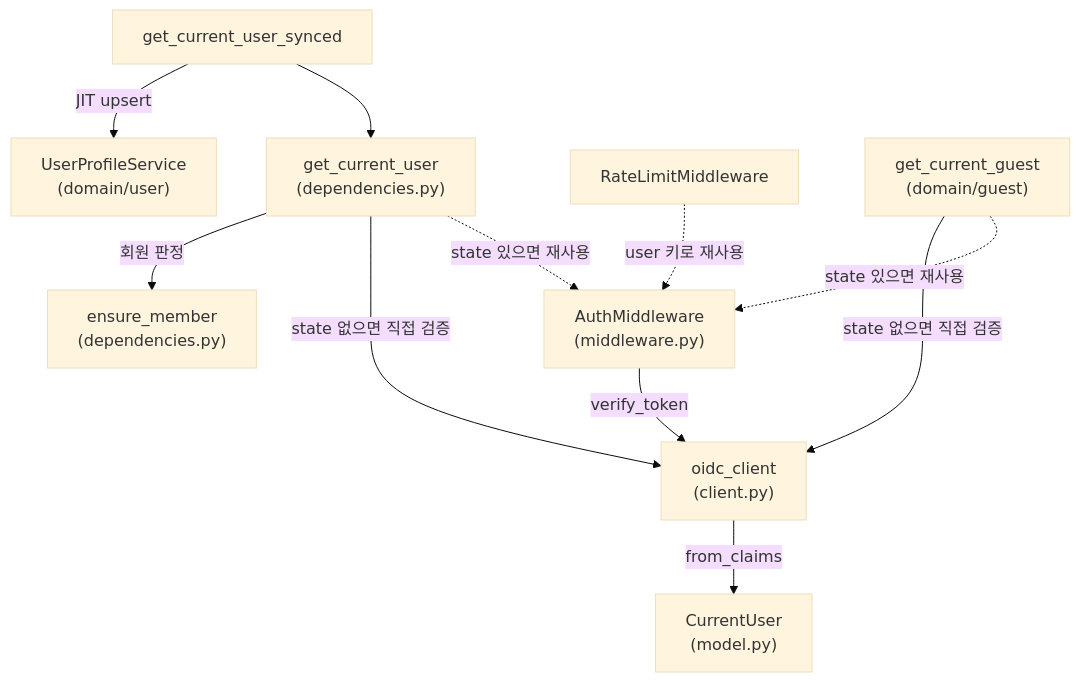
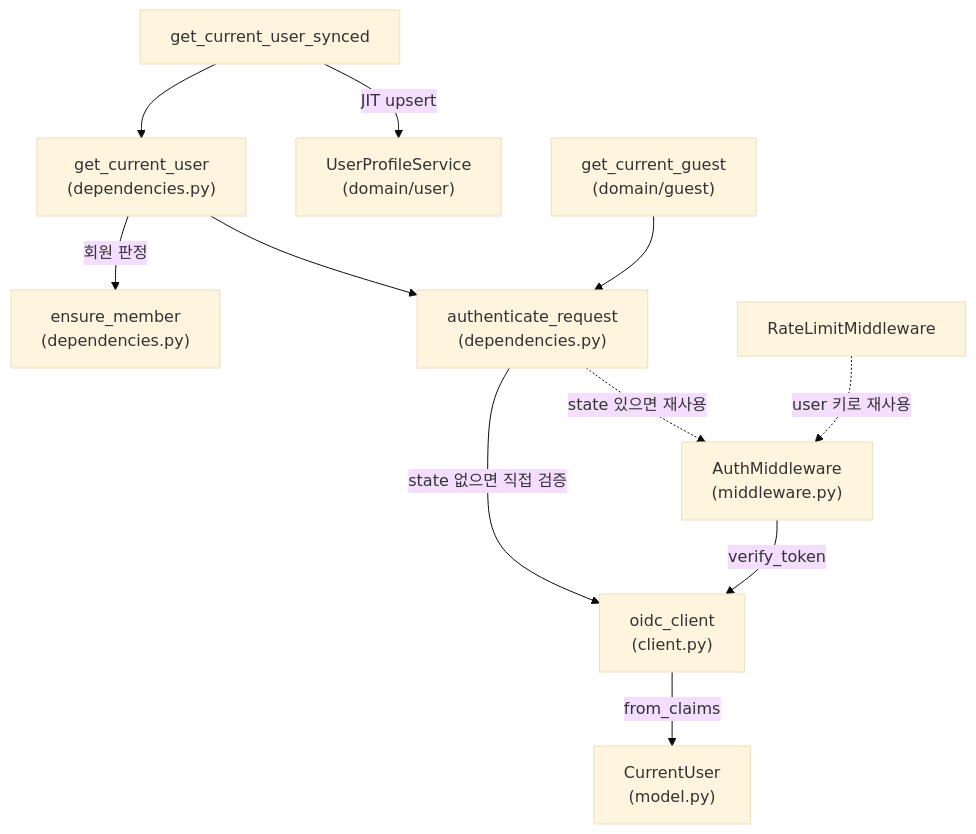
Before and after one commit to onprem-hipster-timer/backend: the third of 3 diagrams in docs/guides/auth.ko.md, drawn with Mermaid (base theme). The commit also changed other lines of this file, not shown here.

Commit message:
docs(auth): 객체 의존성 그림을 authenticate_request를 축으로 다시 그린다

````diff
--- a/docs/guides/auth.ko.md
+++ b/docs/guides/auth.ko.md
@@ -234,13 +235,13 @@
 ```mermaid
 graph TD
-    MW["AuthMiddleware<br/>(middleware.py)"] -->|verify_token| OC["oidc_client<br/>(client.py)"]
-    DEP["get_current_user<br/>(dependencies.py)"] -.->|state 있으면 재사용| MW
-    DEP -->|state 없으면 직접 검증| OC
-    SYNC["get_current_user_synced"] --> DEP
+    SYNC["get_current_user_synced"] --> DEP["get_current_user<br/>(dependencies.py)"]
+    SYNC -->|JIT upsert| UPS["UserProfileService<br/>(domain/user)"]
     DEP -->|회원 판정| EM["ensure_member<br/>(dependencies.py)"]
-    SYNC -->|JIT upsert| UPS["UserProfileService<br/>(domain/user)"]
+    DEP --> AR["authenticate_request<br/>(dependencies.py)"]
+    GG["get_current_guest<br/>(domain/guest)"] --> AR
+    AR -.->|state 있으면 재사용| MW["AuthMiddleware<br/>(middleware.py)"]
+    AR -->|state 없으면 직접 검증| OC["oidc_client<br/>(client.py)"]
+    RL["RateLimitMiddleware"] -.->|user 키로 재사용| MW
+    MW -->|verify_token| OC
     OC -->|from_claims| CU["CurrentUser<br/>(model.py)"]
-    RL["RateLimitMiddleware"] -.->|user 키로 재사용| MW
-    GG["get_current_guest<br/>(domain/guest)"] -.->|state 있으면 재사용| MW
-    GG -->|state 없으면 직접 검증| OC
 ```
````
